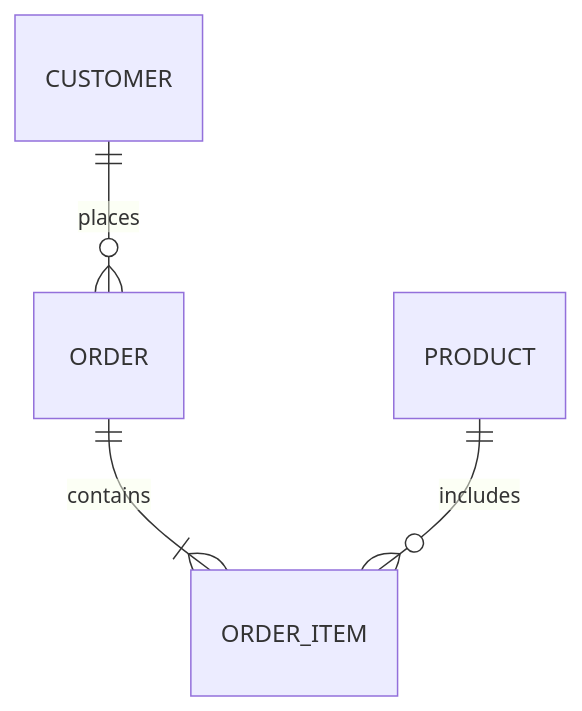
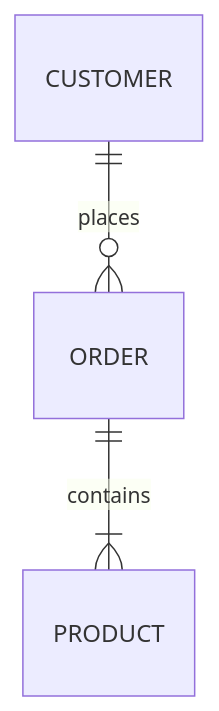
Before and after one commit to noodlemind/ubiquitous-journey: the diagram in sql_to_dashboard/README.md, drawn with Mermaid. The commit also changed other lines of this file and 35 other files, not shown here.

````diff
--- a/sql_to_dashboard/README.md
+++ b/sql_to_dashboard/README.md
@@ -169,6 +59,5 @@
 ```mermaid
 erDiagram
     CUSTOMER ||--o{ ORDER : places
-    ORDER ||--|{ ORDER_ITEM : contains
-    PRODUCT ||--o{ ORDER_ITEM : includes
+    ORDER ||--|{ PRODUCT : contains
 ```
````
